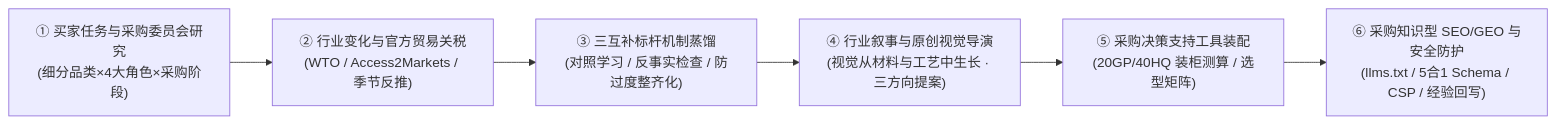
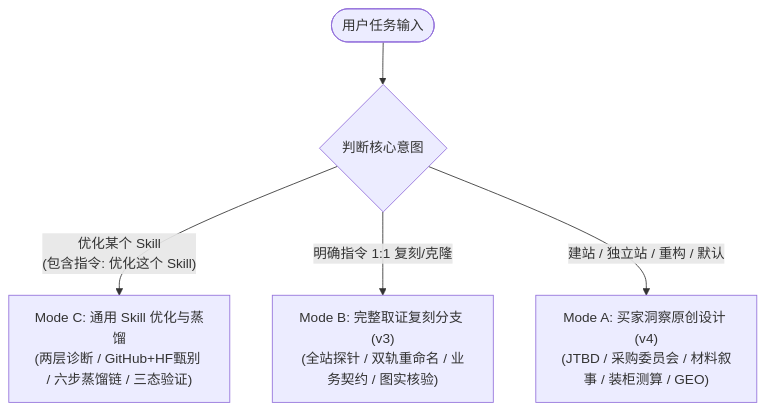
The diagram in README.md (cnproduct/renwork-web-create-skill), drawn with Mermaid before and after one commit. The commit also changed other lines of this file and 5 other files, not shown here.

````diff
--- a/README.md
+++ b/README.md
@@ -27,8 +29,8 @@
 ```mermaid
-flowchart LR
-    A["① 买家任务与采购委员会研究<br>(细分品类×4大角色×采购阶段)"] --> B["② 行业变化与官方贸易关税<br>(WTO / Access2Markets / 季节反推)"]
-    B --> C["③ 三互补标杆机制蒸馏<br>(对照学习 / 反事实检查 / 防过度整齐化)"]
-    C --> D["④ 行业叙事与原创视觉导演<br>(视觉从材料与工艺中生长 · 三方向提案)"]
-    D --> E["⑤ 采购决策支持工具装配<br>(20GP/40HQ 装柜测算 / 选型矩阵)"]
-    E --> F["⑥ 采购知识型 SEO/GEO 与安全防护<br>(llms.txt / 5合1 Schema / CSP / 经验回写)"]
+flowchart TD
+    Task([用户任务输入]) --> Check{判断核心意图}
+    
+    Check -- "优化某个 Skill<br>(包含指令: 优化这个 Skill)" --> ModeC["Mode C: 通用 Skill 优化与蒸馏<br>(两层诊断 / GitHub+HF甄别 / 六步蒸馏链 / 三态验证)"]
+    Check -- "明确指令 1:1 复刻/克隆" --> ModeB["Mode B: 完整取证复刻分支 (v3)<br>(全站探针 / 双轨重命名 / 业务契约 / 图实核验)"]
+    Check -- "建站 / 独立站 / 重构 / 默认" --> ModeA["Mode A: 买家洞察原创设计 (v4)<br>(JTBD / 采购委员会 / 材料叙事 / 装柜测算 / GEO)"]
 ```
````
